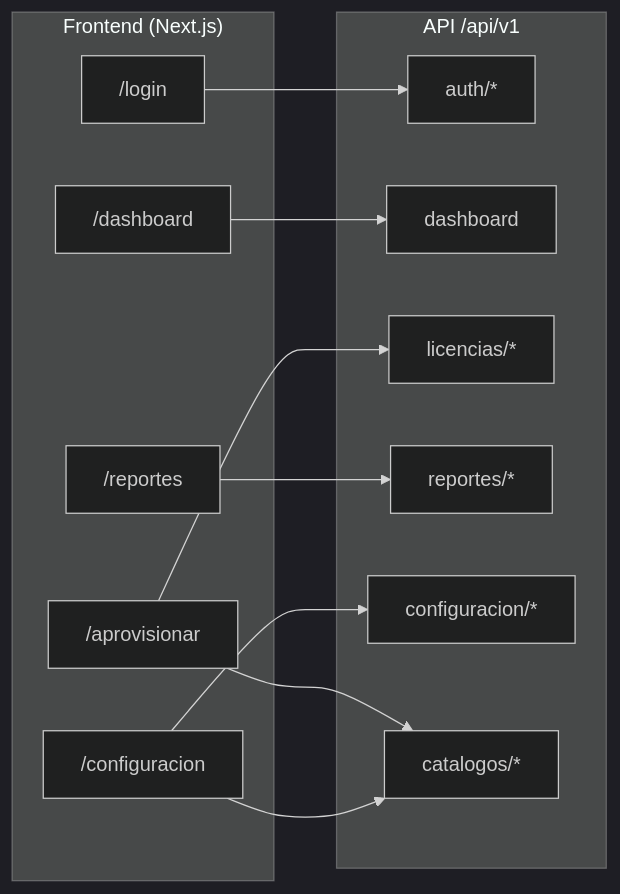
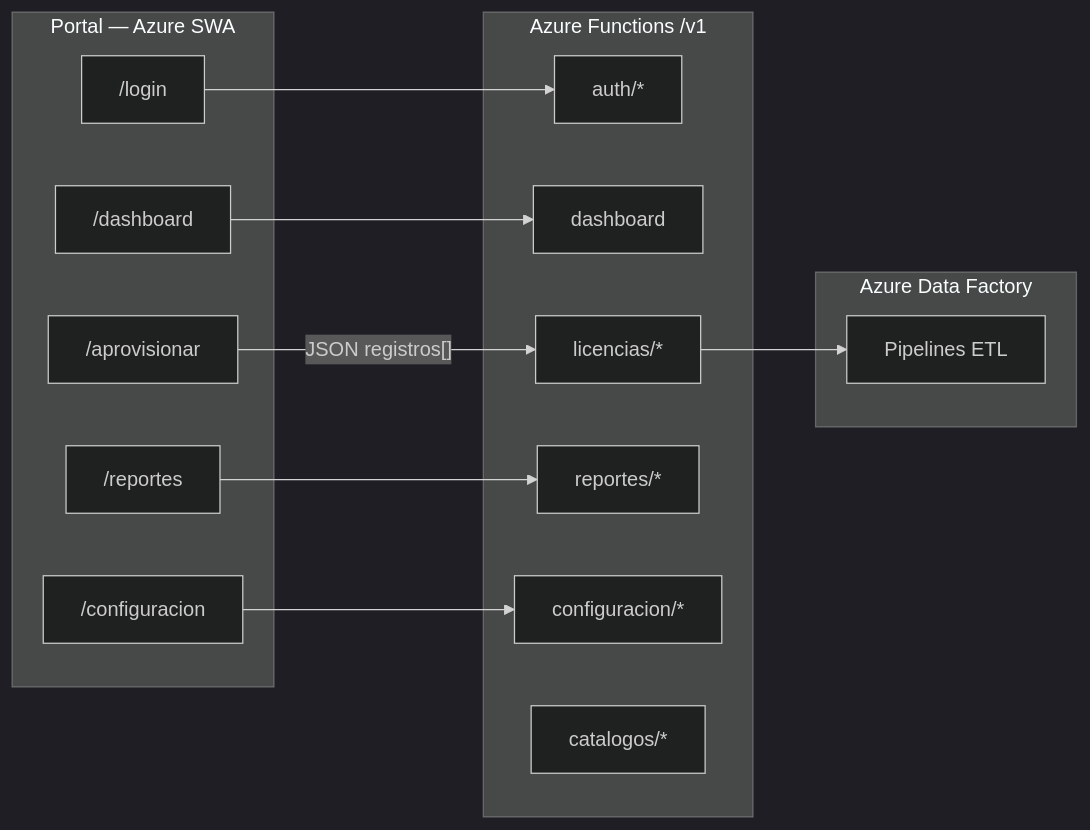
One commit to miguelgr716playful/AutomatizacionLicencias changed the diagram in docs/EPICA-2-ENDPOINTS.md. Above: the diagram before and after it, drawn with Mermaid (dark theme). The commit also changed other lines of this file and 17 other files, not shown here.

````diff
--- a/docs/EPICA-2-ENDPOINTS.md
+++ b/docs/EPICA-2-ENDPOINTS.md
@@ -11,27 +13,30 @@
 ```mermaid
 flowchart LR
-    subgraph front["Frontend (Next.js)"]
+    subgraph front["Portal — Azure SWA"]
         Login["/login"]
         Dash["/dashboard"]
         Aprov["/aprovisionar"]
         Rep["/reportes"]
         Config["/configuracion"]
     end
 
-    subgraph api["API /api/v1"]
+    subgraph fn["Azure Functions /v1"]
         Auth["auth/*"]
         D["dashboard"]
         L["licencias/*"]
         R["reportes/*"]
         C["configuracion/*"]
         Cat["catalogos/*"]
     end
 
+    subgraph adf["Azure Data Factory"]
+        Pipeline["Pipelines ETL"]
+    end
+
     Login --> Auth
     Dash --> D
-    Aprov --> L
+    Aprov -->|"JSON registros[]"| L
     Rep --> R
     Config --> C
-    Aprov --> Cat
-    Config --> Cat
+    L --> Pipeline
 ```
````
